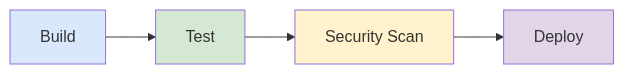
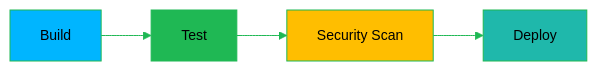
Before and after one commit to oat431/swe-knowledge: the diagram in software-engineering-note/06_Software_Engineering_Operations/Fundamental/13 CI CD Pipelines.md, drawn with Mermaid. The commit also changed other lines of this file and 31 other files, not shown here.

````diff
--- a/software-engineering-note/06_Software_Engineering_Operations/Fundamental/13 CI CD Pipelines.md
+++ b/software-engineering-note/06_Software_Engineering_Operations/Fundamental/13 CI CD Pipelines.md
@@ -34,9 +34,10 @@
 ```mermaid
+%%{init: {'theme':'base','themeVariables':{'primaryColor':'#19362D','primaryTextColor':'#CDD3D1','primaryBorderColor':'#1FB854','lineColor':'#1FB854','secondaryColor':'#161212','tertiaryColor':'#1B1717','background':'#1B1717','mainBkg':'#19362D','nodeBorder':'#1FB854','clusterBkg':'#161212','clusterBorder':'#19362D','titleColor':'#1FB854','edgeLabelBackground':'#161212','fontSize':'14px'}}}%%
 flowchart LR
     BUILD["Build"] --> TEST["Test"] --> SCAN["Security Scan"] --> DEPLOY["Deploy"]
     
-    style BUILD fill:#dae8fc
-    style TEST fill:#d5e8d4
-    style SCAN fill:#fff2cc
-    style DEPLOY fill:#e1d5e7
+    style BUILD fill:#00B5FF,color:#000000
+    style TEST fill:#1FB854,color:#000000
+    style SCAN fill:#FFBE00,color:#000000
+    style DEPLOY fill:#1FB8AB,color:#000000
 ```
````
